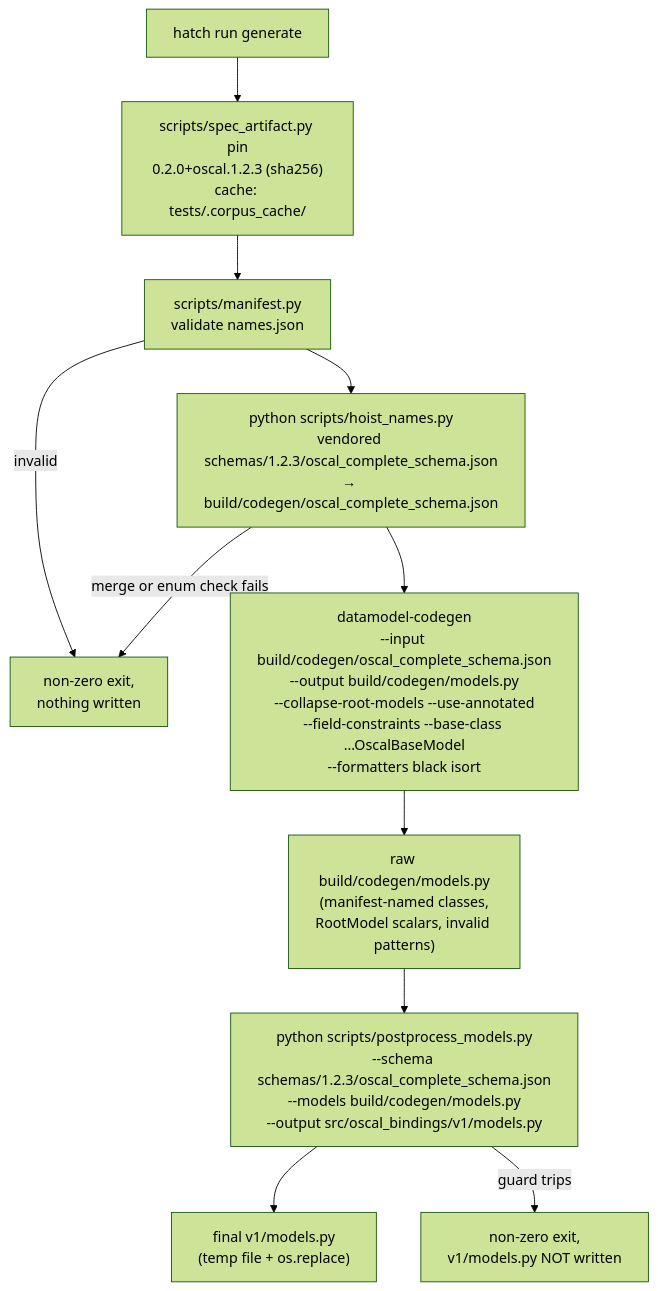
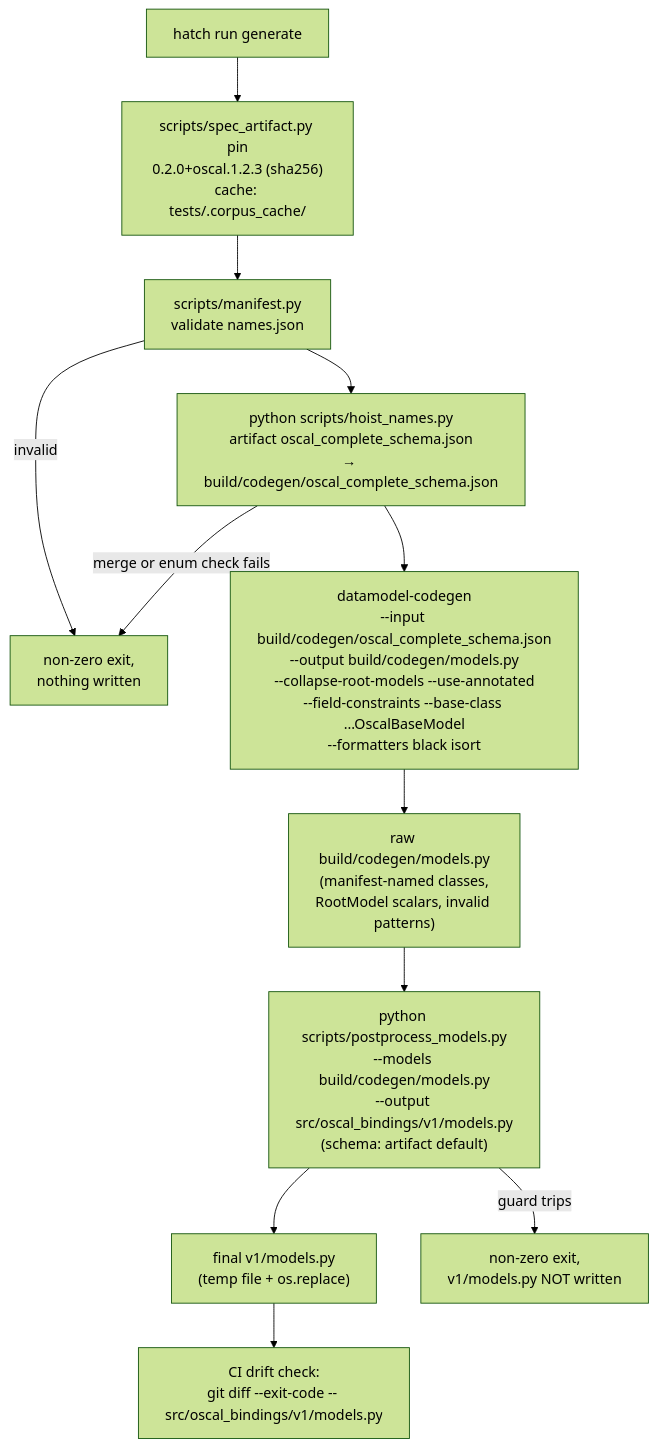
Before and after one commit to cairn-proofs/oscal-bindings-python: the first of 7 diagrams in .agents/summary/workflows.md, drawn with Mermaid (forest theme). The commit also changed other lines of this file and 52 other files, not shown here.

First line of the commit message:
Generate from the pinned spec artifact; drop vendored schemas (#23)

````diff
--- a/.agents/summary/workflows.md
+++ b/.agents/summary/workflows.md
@@ -8,13 +8,14 @@
 ```mermaid
 flowchart TD
     A["hatch run generate"] --> P["scripts/spec_artifact.py pin<br/>0.2.0+oscal.1.2.3 (sha256)<br/>cache: tests/.corpus_cache/"]
     P --> M["scripts/manifest.py<br/>validate names.json"]
     M -->|"invalid"| X["non-zero exit,<br/>nothing written"]
-    M --> H["python scripts/hoist_names.py<br/>vendored schemas/1.2.3/oscal_complete_schema.json<br/>→ build/codegen/oscal_complete_schema.json"]
+    M --> H["python scripts/hoist_names.py<br/>artifact oscal_complete_schema.json<br/>→ build/codegen/oscal_complete_schema.json"]
     H -->|"merge or enum check fails"| X
     H --> B["datamodel-codegen<br/>--input build/codegen/oscal_complete_schema.json<br/>--output build/codegen/models.py<br/>--collapse-root-models --use-annotated<br/>--field-constraints --base-class ...OscalBaseModel<br/>--formatters black isort"]
     B --> C["raw build/codegen/models.py<br/>(manifest-named classes,<br/>RootModel scalars, invalid patterns)"]
-    C --> D["python scripts/postprocess_models.py<br/>--schema schemas/1.2.3/oscal_complete_schema.json<br/>--models build/codegen/models.py<br/>--output src/oscal_bindings/v1/models.py"]
+    C --> D["python scripts/postprocess_models.py<br/>--models build/codegen/models.py<br/>--output src/oscal_bindings/v1/models.py<br/>(schema: artifact default)"]
     D --> E["final v1/models.py<br/>(temp file + os.replace)"]
+    E --> G["CI drift check:<br/>git diff --exit-code -- src/oscal_bindings/v1/models.py"]
     D -->|"guard trips"| F["non-zero exit,<br/>v1/models.py NOT written"]
 ```
````
